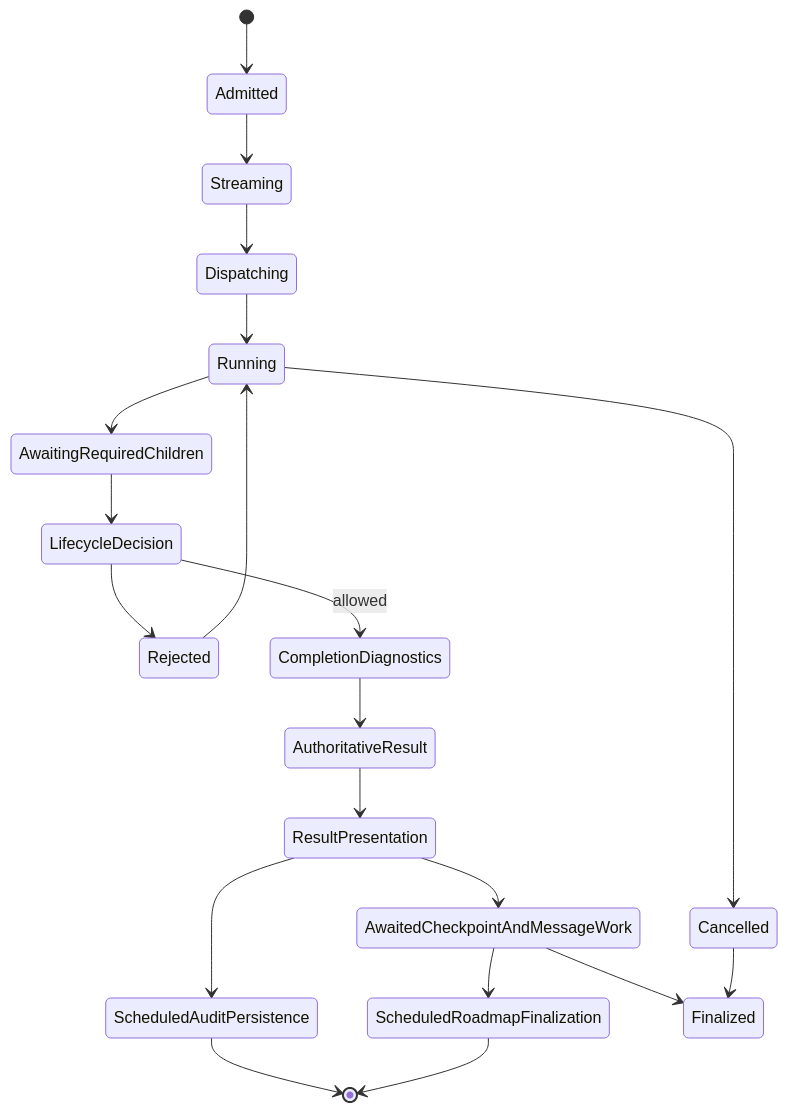
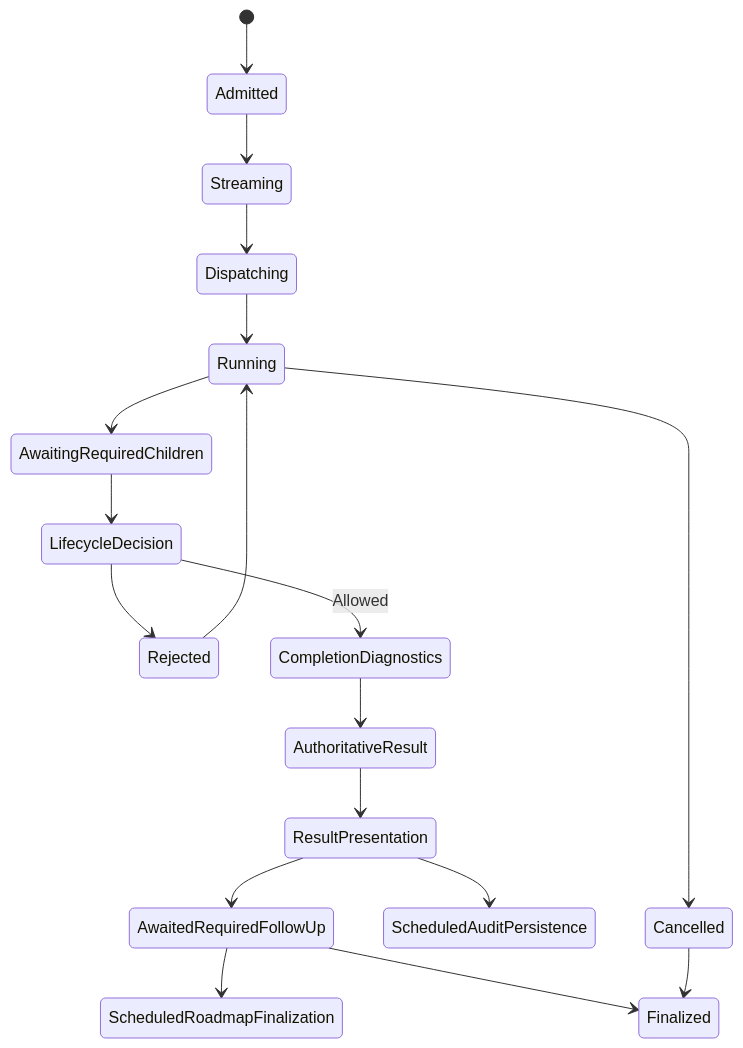
Before and after one commit to CardSorting/LUMI: the third of 3 diagrams in .wiki/high-throughput-execution-whitepaper.md, drawn with Mermaid. The commit also changed other lines of this file and 5 other files, not shown here.

````diff
--- a/.wiki/high-throughput-execution-whitepaper.md
+++ b/.wiki/high-throughput-execution-whitepaper.md
@@ -124,22 +764,20 @@
 ```mermaid
 stateDiagram-v2
   [*] --> Admitted
   Admitted --> Streaming
   Streaming --> Dispatching
   Dispatching --> Running
   Running --> AwaitingRequiredChildren
   AwaitingRequiredChildren --> LifecycleDecision
   LifecycleDecision --> Rejected
-  LifecycleDecision --> CompletionDiagnostics: allowed
+  LifecycleDecision --> CompletionDiagnostics: Allowed
   CompletionDiagnostics --> AuthoritativeResult
   AuthoritativeResult --> ResultPresentation
+  ResultPresentation --> AwaitedRequiredFollowUp
   ResultPresentation --> ScheduledAuditPersistence
-  ResultPresentation --> AwaitedCheckpointAndMessageWork
-  AwaitedCheckpointAndMessageWork --> ScheduledRoadmapFinalization
-  AwaitedCheckpointAndMessageWork --> Finalized
+  AwaitedRequiredFollowUp --> ScheduledRoadmapFinalization
+  AwaitedRequiredFollowUp --> Finalized
   Running --> Cancelled
   Rejected --> Running
-  ScheduledAuditPersistence --> [*]
-  ScheduledRoadmapFinalization --> [*]
   Cancelled --> Finalized
 ```
````
